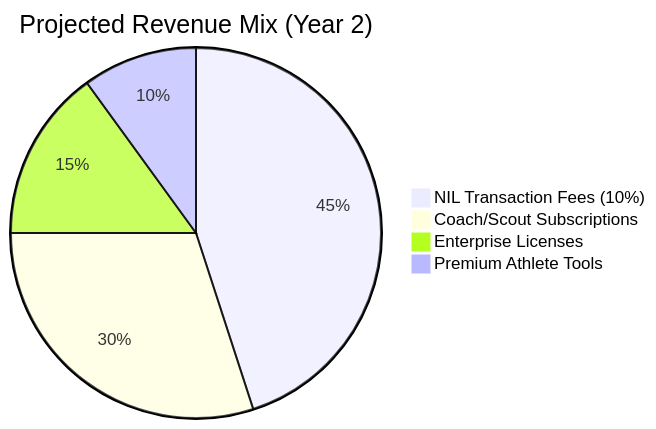
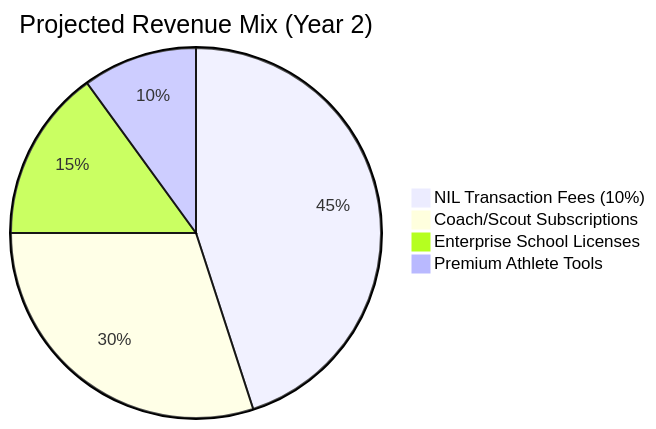
Before and after one commit to huttonbenj/The-Prowler: diagram 11 of 13 in STRATEGY.md, drawn with Mermaid. The commit also changed other lines of this file and 1 other file, not shown here.

````diff
--- a/STRATEGY.md
+++ b/STRATEGY.md
@@ -622,7 +408,7 @@
 ```mermaid
 pie title Projected Revenue Mix (Year 2)
     "NIL Transaction Fees (10%)" : 45
     "Coach/Scout Subscriptions" : 30
-    "Enterprise Licenses" : 15
+    "Enterprise School Licenses" : 15
     "Premium Athlete Tools" : 10
 ```
````
